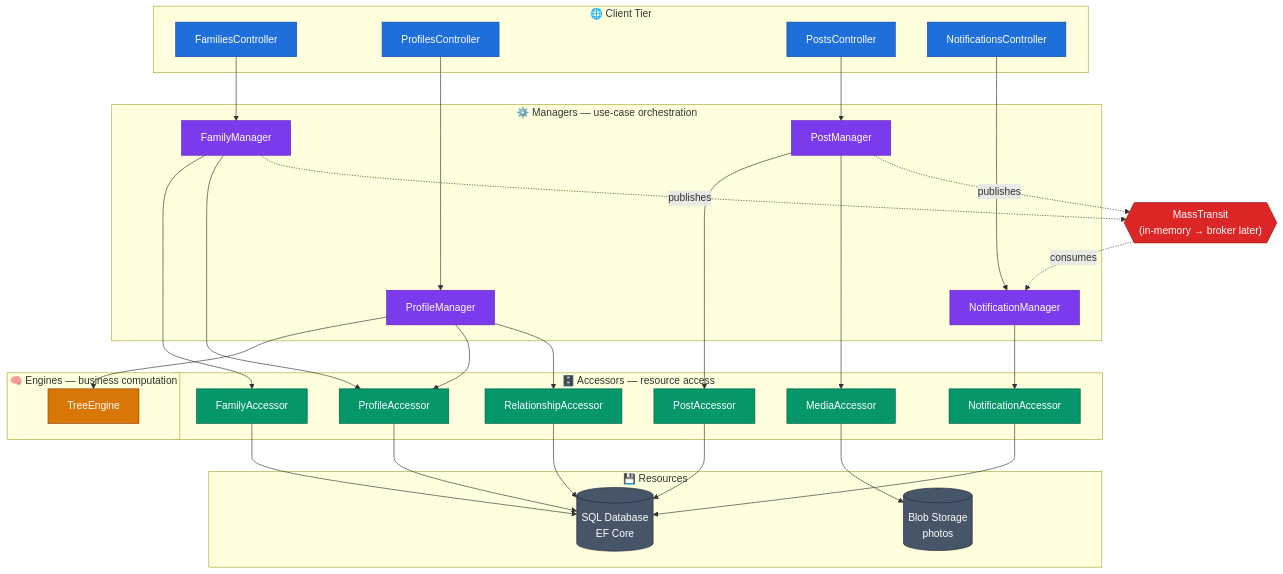
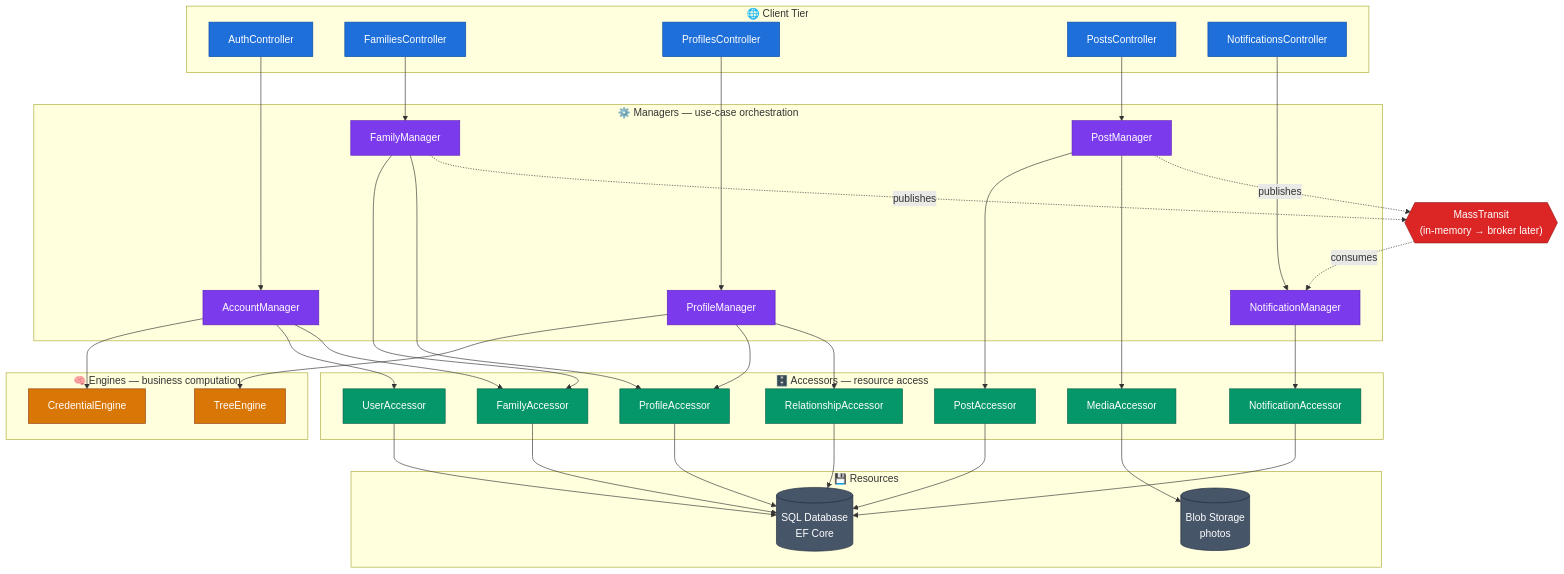
Before and after one commit to tylernpc/FamilyJournal: the first of 2 diagrams in Wiki/Detailed-Design/Architecture.md, drawn with Mermaid. The commit also changed other lines of this file and 40 other files, not shown here.

````diff
--- a/Wiki/Detailed-Design/Architecture.md
+++ b/Wiki/Detailed-Design/Architecture.md
@@ -5,68 +5,75 @@
 ```mermaid
 flowchart TD
     subgraph CLIENT["🌐 Client Tier"]
+        C0[AuthController]
         C1[FamiliesController]
         C2[ProfilesController]
         C3[PostsController]
         C4[NotificationsController]
     end
 
     subgraph MANAGERS["⚙️ Managers — use-case orchestration"]
+        M0[AccountManager]
         M1[FamilyManager]
         M2[ProfileManager]
         M3[PostManager]
         M4[NotificationManager]
     end
 
     subgraph ENGINES["🧠 Engines — business computation"]
+        E0[CredentialEngine]
         E1[TreeEngine]
     end
 
     subgraph ACCESSORS["🗄️ Accessors — resource access"]
+        A0[UserAccessor]
         A1[FamilyAccessor]
         A2[ProfileAccessor]
         A3[RelationshipAccessor]
         A4[PostAccessor]
         A5[NotificationAccessor]
         A6[MediaAccessor]
     end
 
     subgraph RESOURCES["💾 Resources"]
         DB[(SQL Database<br/>EF Core)]
         BLOB[(Blob Storage<br/>photos)]
     end
 
     BUS{{"MassTransit<br/>(in-memory → broker later)"}}
 
+    C0 --> M0
     C1 --> M1
     C2 --> M2
     C3 --> M3
     C4 --> M4
 
     M2 --> E1
+    M0 --> E0
+    M0 --> A0 & A1
     M1 --> A1 & A2
     M2 --> A2 & A3
     M3 --> A4 & A6
     M4 --> A5
 
     M1 -. publishes .-> BUS
     M3 -. publishes .-> BUS
     BUS -. consumes .-> M4
 
-    A1 & A2 & A3 & A4 & A5 --> DB
+    A0 & A1 & A2 & A3 & A4 & A5 --> DB
     A6 --> BLOB
 
     classDef client fill:#1e6fd9,stroke:#0d4ea3,color:#fff
     classDef manager fill:#7c3aed,stroke:#5b21b6,color:#fff
     classDef engine fill:#d97706,stroke:#92400e,color:#fff
     classDef accessor fill:#059669,stroke:#065f46,color:#fff
     classDef resource fill:#475569,stroke:#1e293b,color:#fff
     classDef bus fill:#dc2626,stroke:#991b1b,color:#fff
 
-    class C1,C2,C3,C4 client
-    class M1,M2,M3,M4 manager
-    class E1 engine
-    class A1,A2,A3,A4,A5,A6 accessor
+    class C0,C1,C2,C3,C4 client
+    class M0,M1,M2,M3,M4 manager
+    class E0,E1 engine
+    class A0,A1,A2,A3,A4,A5,A6 accessor
     class DB,BLOB resource
     class BUS bus
 ```
````
